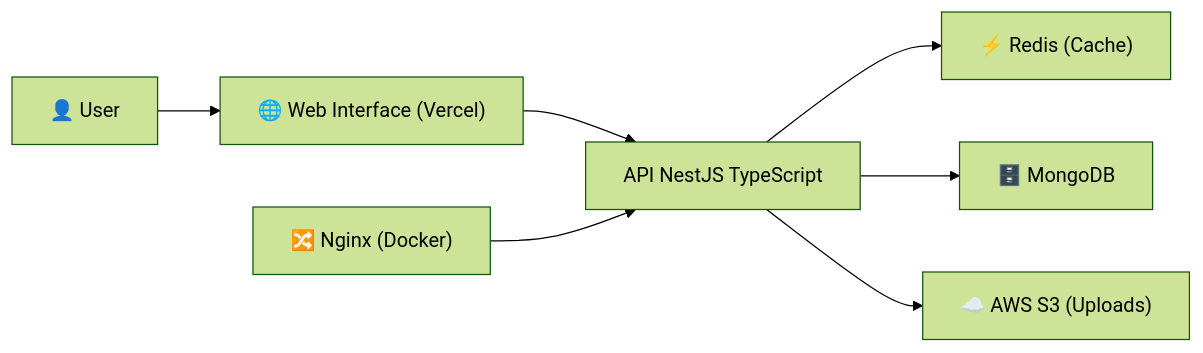
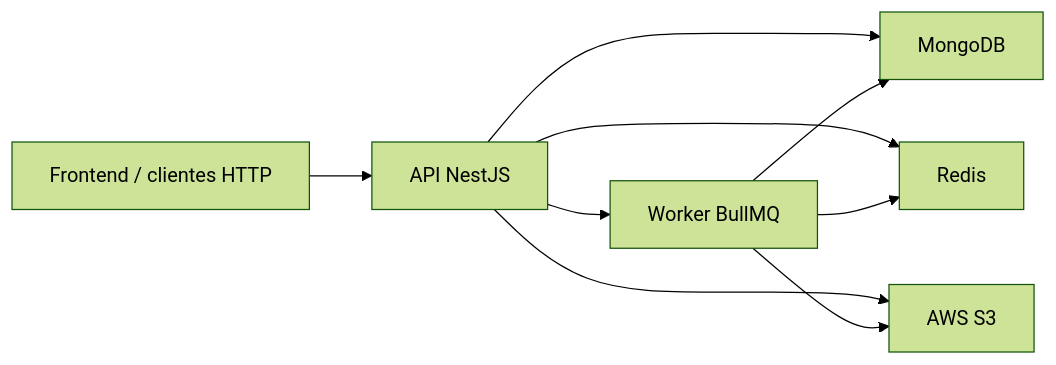
The first of 2 diagrams in README.md (AlanZayon/api-maranguape), drawn with Mermaid (forest theme) before and after one commit. The commit also changed other lines of this file and 22 other files, not shown here.

Commit message:
Remove ARCHITECTURE.md and update license to AGPL-3.0 in package.json and package-lock.json; revise README.md for clarity and content; adjust tsconfig.json paths; enhance RUNBOOK.md with operational notes; delete unused GIFs and images.

````diff
--- a/README.md
+++ b/README.md
@@ -9,17 +50,18 @@
 ```mermaid
 flowchart LR
-    User["👤 User"]
-    Frontend["🌐 Web Interface (Vercel)"]
-    API["API NestJS TypeScript"]
-    MongoFunc["🗄️ MongoDB "]
-    Redis["⚡ Redis (Cache)"]
-    S3["☁️ AWS S3 (Uploads)"]
-    Nginx["🔀 Nginx (Docker)"]
+  Client["Frontend / clientes HTTP"]
+  API["API NestJS"]
+  Worker["Worker BullMQ"]
+  Mongo["MongoDB"]
+  Redis["Redis"]
+  S3["AWS S3"]
 
-    User --> Frontend
-    Frontend --> API
-    API --> Redis
-    API --> MongoFunc
-    API --> S3
-    Nginx --> API
+  Client --> API
+  API --> Mongo
+  API --> Redis
+  API --> S3
+  API --> Worker
+  Worker --> Mongo
+  Worker --> Redis
+  Worker --> S3
 ```
````
